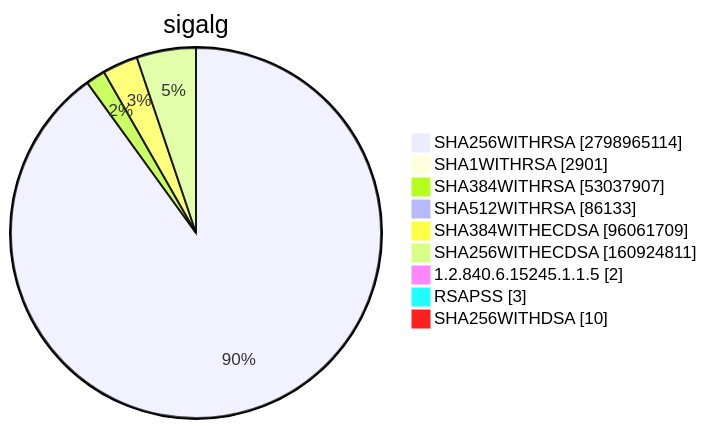
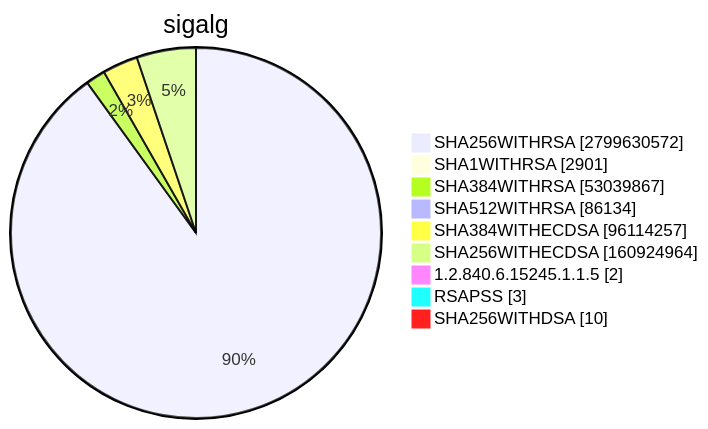
Before and after one commit to christiankrug/ctmonitor_visualization: diagram 15 of 15 in TOTAL/README.md, drawn with Mermaid. The commit also changed other lines of this file, not shown here.

````diff
--- a/TOTAL/README.md
+++ b/TOTAL/README.md
@@ -6207,13 +6207,13 @@
 ```mermaid
 pie showData
 title sigalg
-"SHA256WITHRSA" :2798965114
+"SHA256WITHRSA" :2799630572
 "SHA1WITHRSA" :2901
-"SHA384WITHRSA" :53037907
-"SHA512WITHRSA" :86133
-"SHA384WITHECDSA" :96061709
-"SHA256WITHECDSA" :160924811
+"SHA384WITHRSA" :53039867
+"SHA512WITHRSA" :86134
+"SHA384WITHECDSA" :96114257
+"SHA256WITHECDSA" :160924964
 "1.2.840.6.15245.1.1.5" :2
 "RSAPSS" :3
 "SHA256WITHDSA" :10
 ```
````
